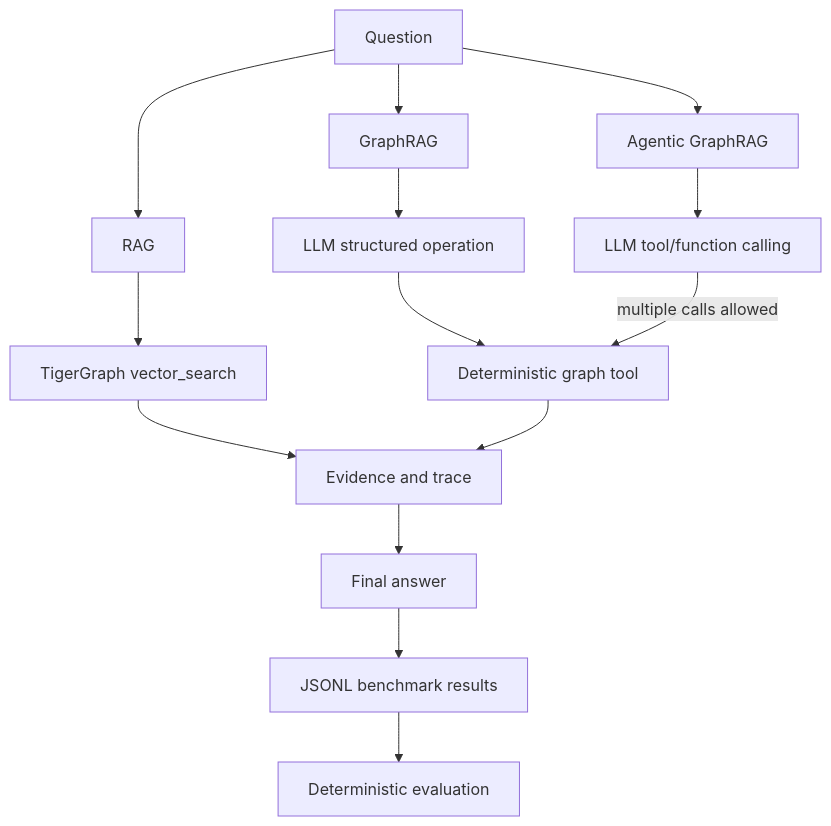
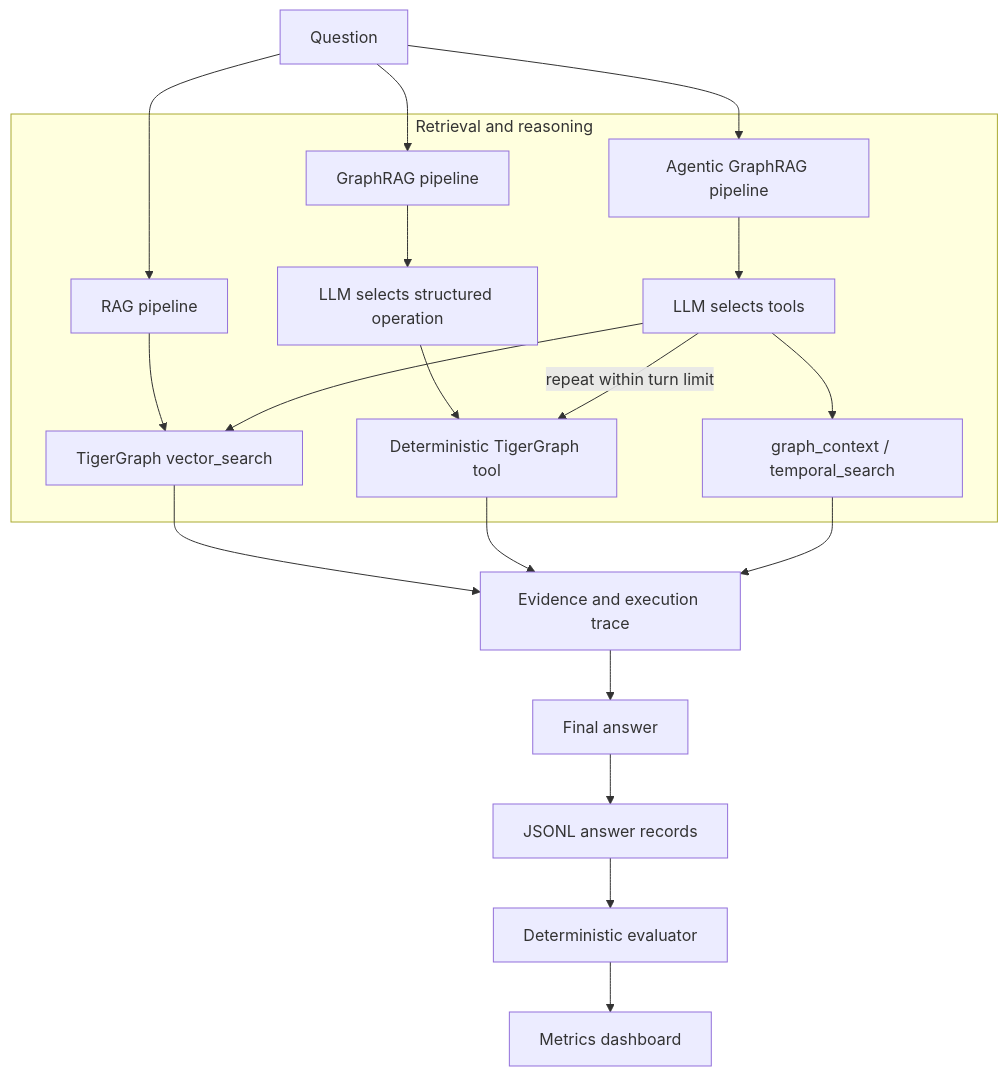
One commit to Tiwari-Harshvardhan/tigergraph_agentic_graphrag changed the diagram in README.md. Above: the diagram before and after it, drawn with Mermaid. The commit also changed other lines of this file and 6 other files, not shown here.

Commit message:
Add benchmark metrics dashboard and setup docs

````diff
--- a/README.md
+++ b/README.md
@@ -7,16 +7,22 @@
 ```mermaid
 flowchart TD
-  Q[Question] --> R[RAG]
-  Q --> G[GraphRAG]
-  Q --> A[Agentic GraphRAG]
-  R --> V[TigerGraph vector_search]
-  G --> P[LLM structured operation]
-  P --> T[Deterministic graph tool]
-  A --> M[LLM tool/function calling]
-  M -->|multiple calls allowed| T
-  V --> E[Evidence and trace]
+  Q[Question] --> R[RAG pipeline]
+  Q --> G[GraphRAG pipeline]
+  Q --> A[Agentic GraphRAG pipeline]
+  subgraph Retrieval and reasoning
+    R --> V[TigerGraph vector_search]
+    G --> P[LLM selects structured operation]
+    P --> T[Deterministic TigerGraph tool]
+    A --> M[LLM selects tools]
+    M -->|repeat within turn limit| T
+    M --> V
+    M --> C[graph_context / temporal_search]
+  end
+  V --> E[Evidence and execution trace]
   T --> E
+  C --> E
   E --> F[Final answer]
-  F --> B[JSONL benchmark results]
-  B --> X[Deterministic evaluation]
+  F --> J[JSONL answer records]
+  J --> X[Deterministic evaluator]
+  X --> D[Metrics dashboard]
 ```
````
